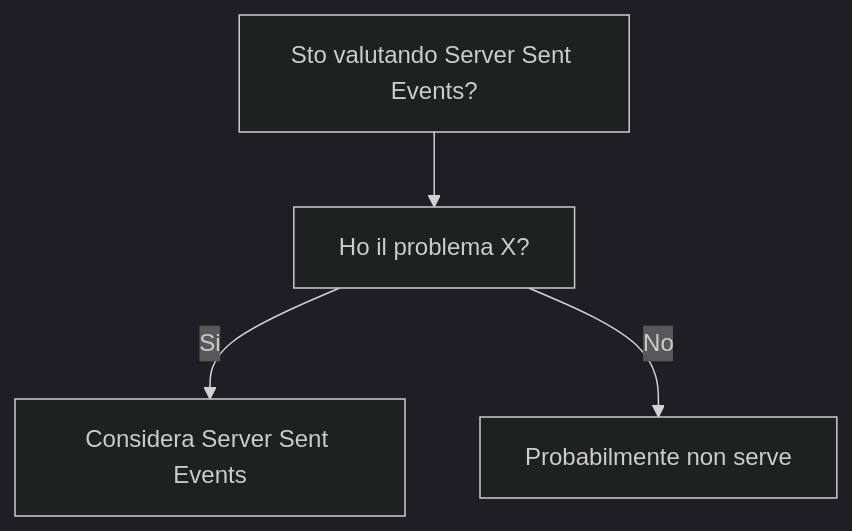
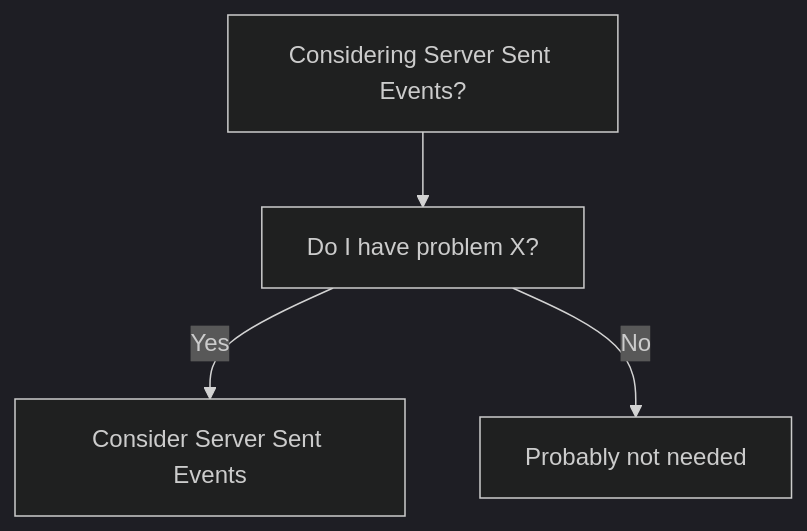
The diagram in dev-wiki/07_Networking/Server_Sent_Events/When_To_Use.md (HxT9/Software-Dev-Wiki), drawn with Mermaid (dark theme) before and after one commit. The commit also changed other lines of this file and 3444 other files, not shown here.

````diff
--- a/dev-wiki/07_Networking/Server_Sent_Events/When_To_Use.md
+++ b/dev-wiki/07_Networking/Server_Sent_Events/When_To_Use.md
@@ -19,6 +19,6 @@
 ```mermaid
 flowchart TD
-  Q[Sto valutando Server Sent Events?] --> Q1[Ho il problema X?]
-  Q1 -->|Si| OK[Considera Server Sent Events]
-  Q1 -->|No| NO[Probabilmente non serve]
+  Q[Considering Server Sent Events?] --> Q1[Do I have problem X?]
+  Q1 -->|Yes| OK[Consider Server Sent Events]
+  Q1 -->|No| NO[Probably not needed]
 ```
````
